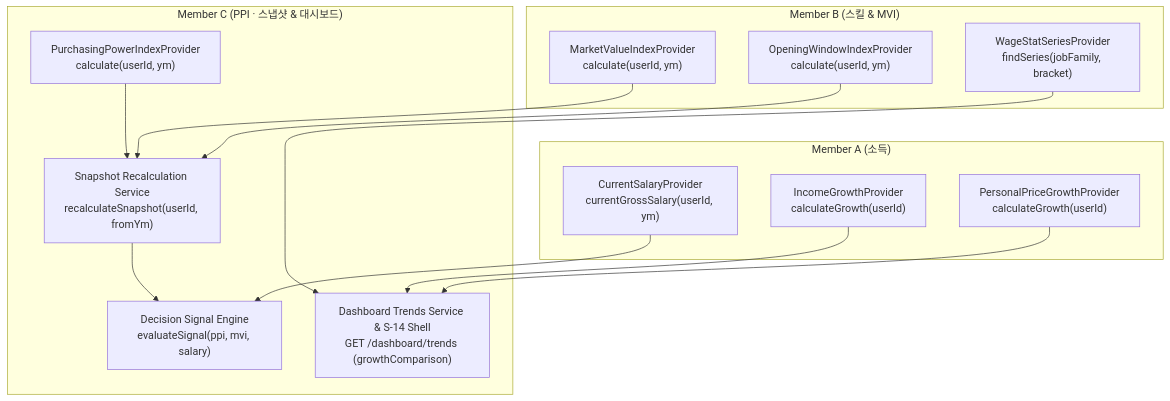
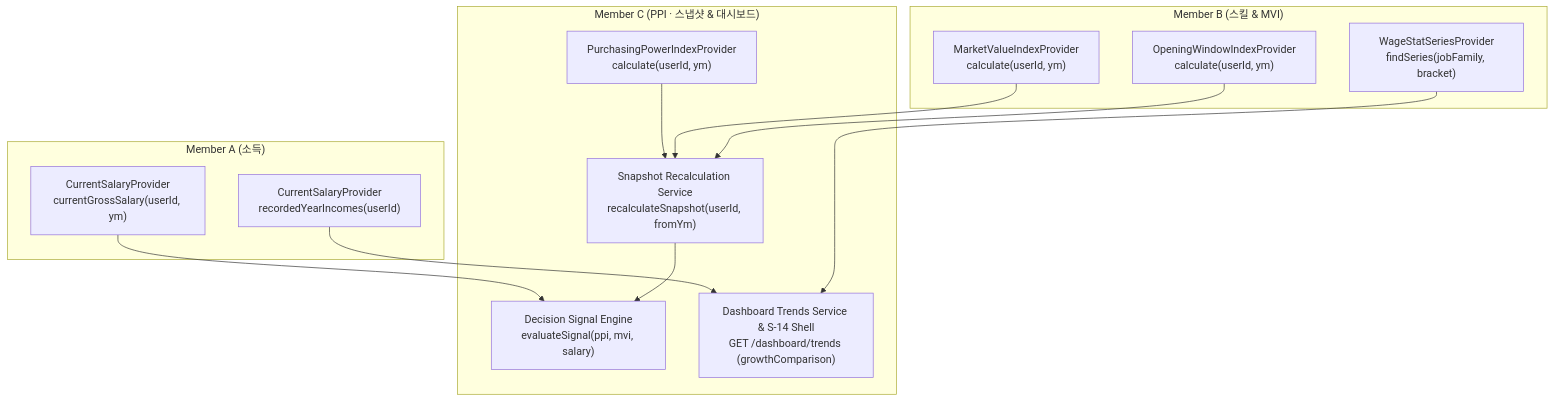
The second of 2 diagrams in docs/plans/carix-dev-plan.md (SeoHyeokGyu/Carix), drawn with Mermaid before and after one commit. The commit also changed other lines of this file and 7 other files, not shown here.

````diff
--- a/docs/plans/carix-dev-plan.md
+++ b/docs/plans/carix-dev-plan.md
@@ -264,30 +262,28 @@
 ```mermaid
 flowchart TD
     subgraph MemberA ["Member A (소득)"]
         SAL_OUT["CurrentSalaryProvider<br>currentGrossSalary(userId, ym)"]
-        GROWTH_OUT["IncomeGrowthProvider<br>calculateGrowth(userId)"]
-        PRICE_GROWTH_OUT["PersonalPriceGrowthProvider<br>calculateGrowth(userId)"]
+        GROWTH_OUT["CurrentSalaryProvider<br>recordedYearIncomes(userId)"]
     end
 
     subgraph MemberB ["Member B (스킬 & MVI)"]
         MVI_OUT["MarketValueIndexProvider<br>calculate(userId, ym)"]
         OWI_OUT["OpeningWindowIndexProvider<br>calculate(userId, ym)"]
         WAGE_SERIES_OUT["WageStatSeriesProvider<br>findSeries(jobFamily, bracket)"]
     end
 
     subgraph MemberC ["Member C (PPI · 스냅샷 & 대시보드)"]
         PPI_OUT["PurchasingPowerIndexProvider<br>calculate(userId, ym)"]
         SNAP_ENG["Snapshot Recalculation Service<br>recalculateSnapshot(userId, fromYm)"]
         DEC_ENG["Decision Signal Engine<br>evaluateSignal(ppi, mvi, salary)"]
         TRENDS_ENG["Dashboard Trends Service & S-14 Shell<br>GET /dashboard/trends (growthComparison)"]
     end
 
     PPI_OUT --> SNAP_ENG
     MVI_OUT --> SNAP_ENG
     OWI_OUT --> SNAP_ENG
     SAL_OUT --> DEC_ENG
     SNAP_ENG --> DEC_ENG
     GROWTH_OUT --> TRENDS_ENG
-    PRICE_GROWTH_OUT --> TRENDS_ENG
     WAGE_SERIES_OUT --> TRENDS_ENG
 ```
````
